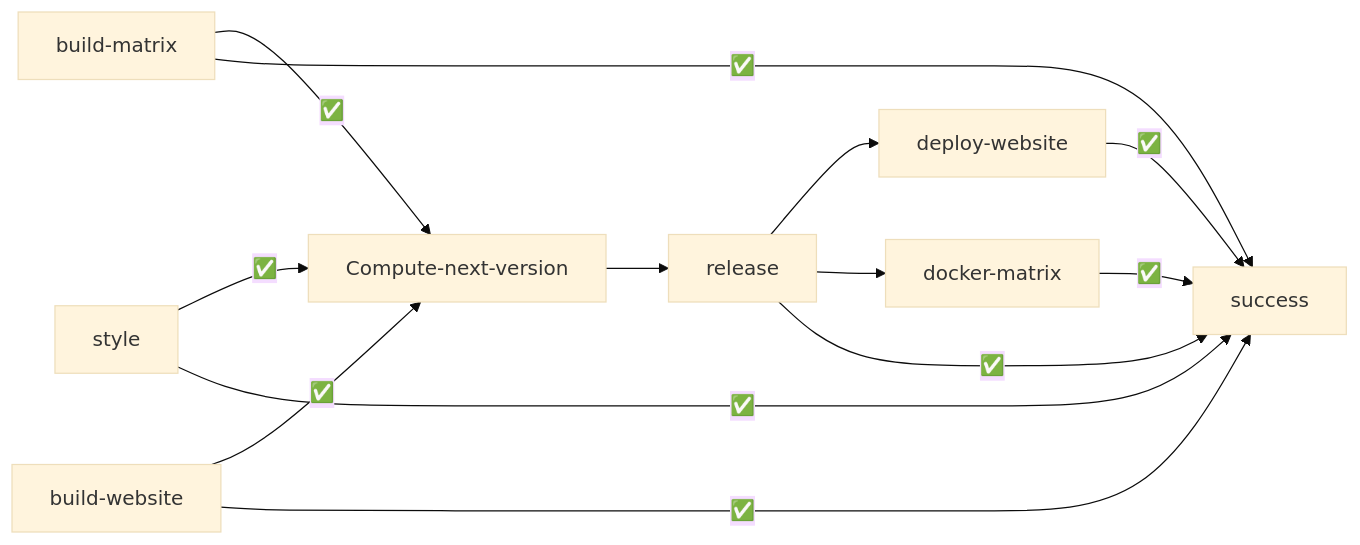
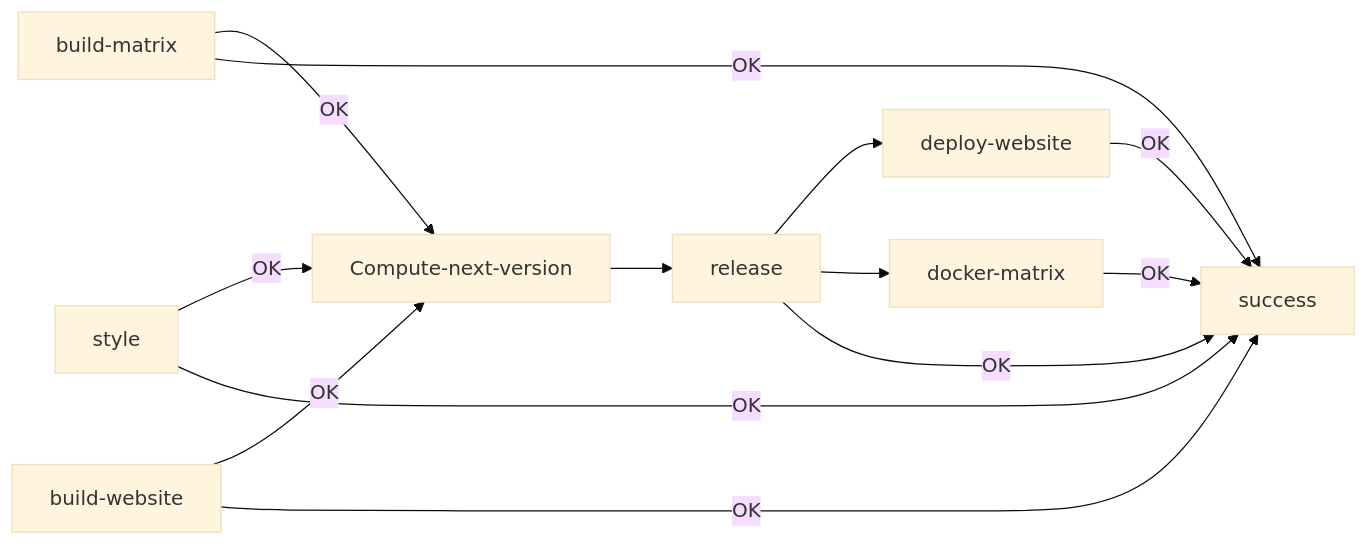
Before and after one commit to revue-org/revue-spe-slides: the second of 2 diagrams in content/_generator.md, drawn with Mermaid (base theme). The commit also changed other lines of this file, not shown here.

````diff
--- a/content/_generator.md
+++ b/content/_generator.md
@@ -142,8 +151,8 @@
 ```mermaid
 flowchart LR
-    A[build-matrix] & B[style] & C[build-website] -- ✅ --> F[Compute-next-version] --> G[release]
+    A[build-matrix] & B[style] & C[build-website] -- OK--> F[Compute-next-version] --> G[release]
     G --> H[deploy-website]
     G --> I[docker-matrix]
-    H & I -- ✅ --> J[success]
-    A & B & C & G -- ✅ --> J
+    H & I -- OK --> J[success]
+    A & B & C & G -- OK --> J
 ```
````
